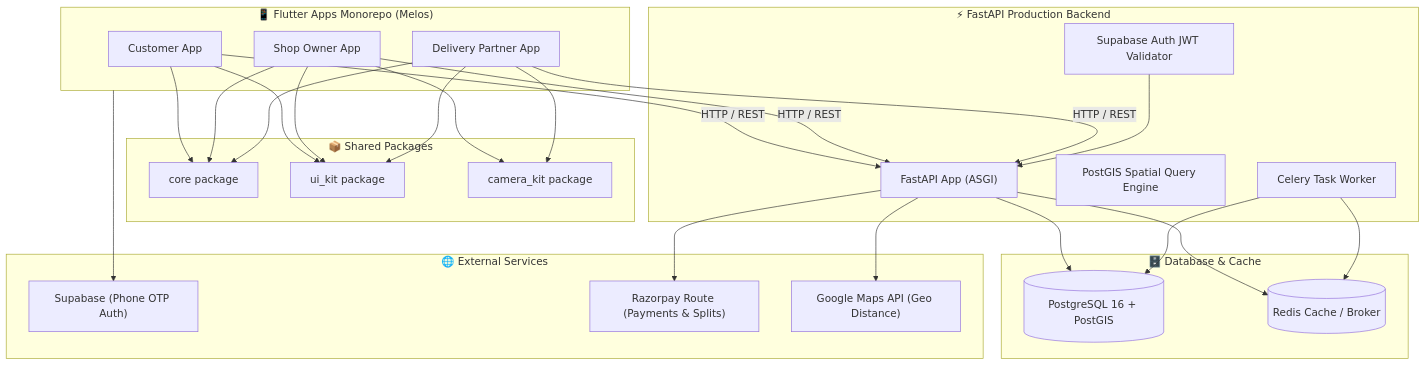
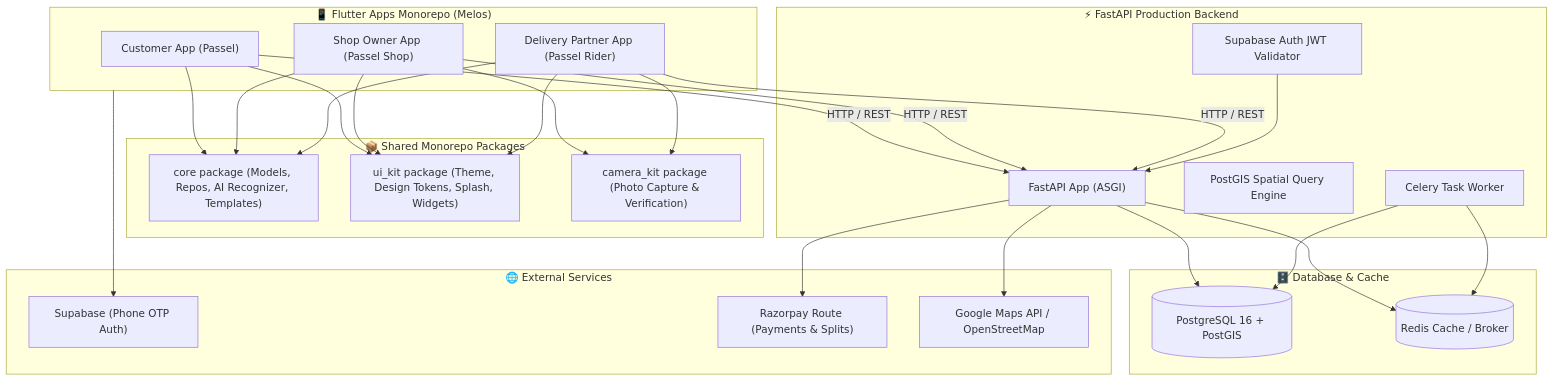
The first of 4 diagrams in PAASEL_PROJECT_OVERVIEW.md (amangovindrao/passel), drawn with Mermaid before and after one commit. The commit also changed other lines of this file and 96 other files, not shown here.

````diff
--- a/PAASEL_PROJECT_OVERVIEW.md
+++ b/PAASEL_PROJECT_OVERVIEW.md
@@ -22,55 +22,55 @@
 ```mermaid
 graph TD
     subgraph Clients["📱 Flutter Apps Monorepo (Melos)"]
-        CA["Customer App"]
-        SA["Shop Owner App"]
-        DA["Delivery Partner App"]
+        CA["Customer App (Passel)"]
+        SA["Shop Owner App (Passel Shop)"]
+        DA["Delivery Partner App (Passel Rider)"]
     end
 
-    subgraph Shared["📦 Shared Packages"]
-        CORE["core package"]
-        UI["ui_kit package"]
-        CAM["camera_kit package"]
+    subgraph Shared["📦 Shared Monorepo Packages"]
+        CORE["core package (Models, Repos, AI Recognizer, Templates)"]
+        UI["ui_kit package (Theme, Design Tokens, Splash, Widgets)"]
+        CAM["camera_kit package (Photo Capture & Verification)"]
     end
 
     CA --> CORE
     SA --> CORE
     DA --> CORE
     CA --> UI
     SA --> UI
     DA --> UI
     SA --> CAM
     DA --> CAM
 
     subgraph Backend["⚡ FastAPI Production Backend"]
         API["FastAPI App (ASGI)"]
         AUTH["Supabase Auth JWT Validator"]
         GEO["PostGIS Spatial Query Engine"]
         WORKER["Celery Task Worker"]
     end
 
     CA -->|HTTP / REST| API
     SA -->|HTTP / REST| API
     DA -->|HTTP / REST| API
 
     subgraph Storage["🗄️ Database & Cache"]
         DB[("PostgreSQL 16 + PostGIS")]
         REDIS[("Redis Cache / Broker")]
     end
 
     API --> DB
     API --> REDIS
     WORKER --> REDIS
     WORKER --> DB
     AUTH --> API
 
     subgraph External["🌐 External Services"]
         SUPA["Supabase (Phone OTP Auth)"]
         RZP["Razorpay Route (Payments & Splits)"]
-        MAPS["Google Maps API (Geo Distance)"]
+        MAPS["Google Maps API / OpenStreetMap"]
     end
 
     API --> RZP
     API --> MAPS
     Clients --> SUPA
 ```
````
